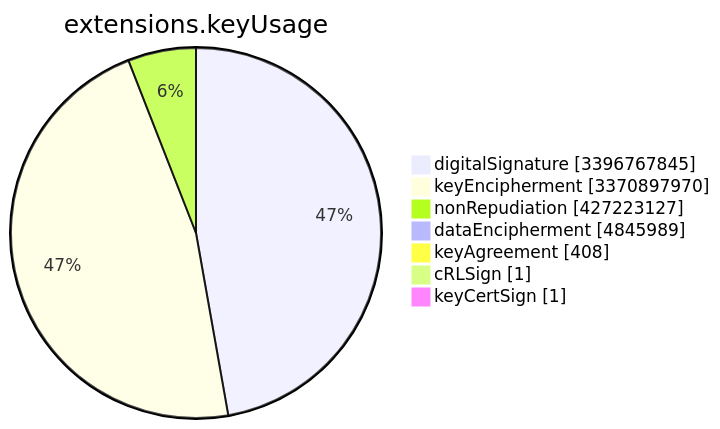
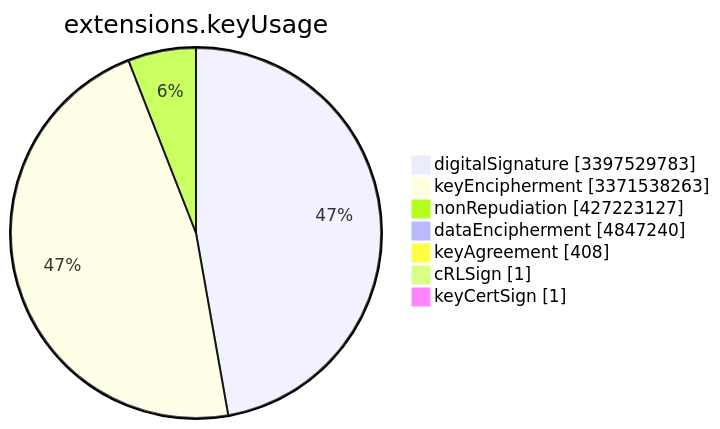
The sixth of 15 diagrams in TOTAL/README.md (christiankrug/ctmonitor_visualization), drawn with Mermaid before and after one commit. The commit also changed other lines of this file, not shown here.

````diff
--- a/TOTAL/README.md
+++ b/TOTAL/README.md
@@ -3081,11 +3081,11 @@
 ```mermaid
 pie showData
 title extensions.keyUsage
-"digitalSignature" :3396767845
-"keyEncipherment" :3370897970
+"digitalSignature" :3397529783
+"keyEncipherment" :3371538263
 "nonRepudiation" :427223127
-"dataEncipherment" :4845989
+"dataEncipherment" :4847240
 "keyAgreement" :408
 "cRLSign" :1
 "keyCertSign" :1
 ```
````
